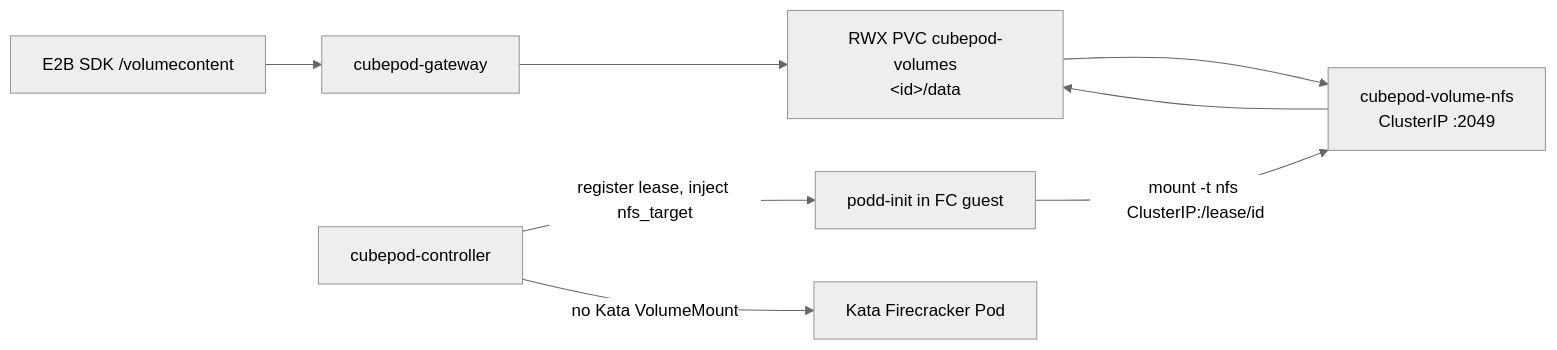
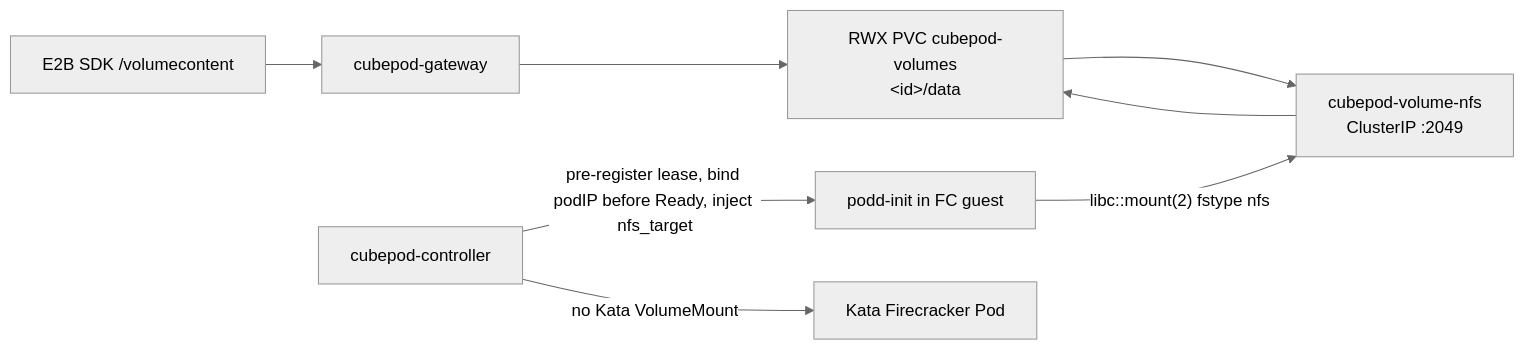
The diagram in docs/enhancements/0031-firecracker-volume-nfs/README.md (cubeplexai/cubepod), drawn with Mermaid (neutral theme) before and after one commit. The commit also changed other lines of this file and 2 other files, not shown here.

First line of the commit message:
docs(cep): address PR #149 review on Firecracker NFS design

````diff
--- a/docs/enhancements/0031-firecracker-volume-nfs/README.md
+++ b/docs/enhancements/0031-firecracker-volume-nfs/README.md
@@ -181,10 +198,10 @@
 ```mermaid
 flowchart LR
   SDK["E2B SDK /volumecontent"] --> GW["cubepod-gateway"]
   GW --> PVC["RWX PVC cubepod-volumes\n&lt;id&gt;/data"]
-  CTRL["cubepod-controller"] -->|"register lease, inject nfs_target"| INIT["podd-init in FC guest"]
+  CTRL["cubepod-controller"] -->|"pre-register lease, bind podIP before Ready, inject nfs_target"| INIT["podd-init in FC guest"]
   CTRL -->|"no Kata VolumeMount"| POD["Kata Firecracker Pod"]
   PVC --> NFS["cubepod-volume-nfs\nClusterIP :2049"]
-  INIT -->|"mount -t nfs ClusterIP:/lease/id"| NFS
+  INIT -->|"libc::mount(2) fstype nfs"| NFS
   NFS --> PVC
 ```
````
